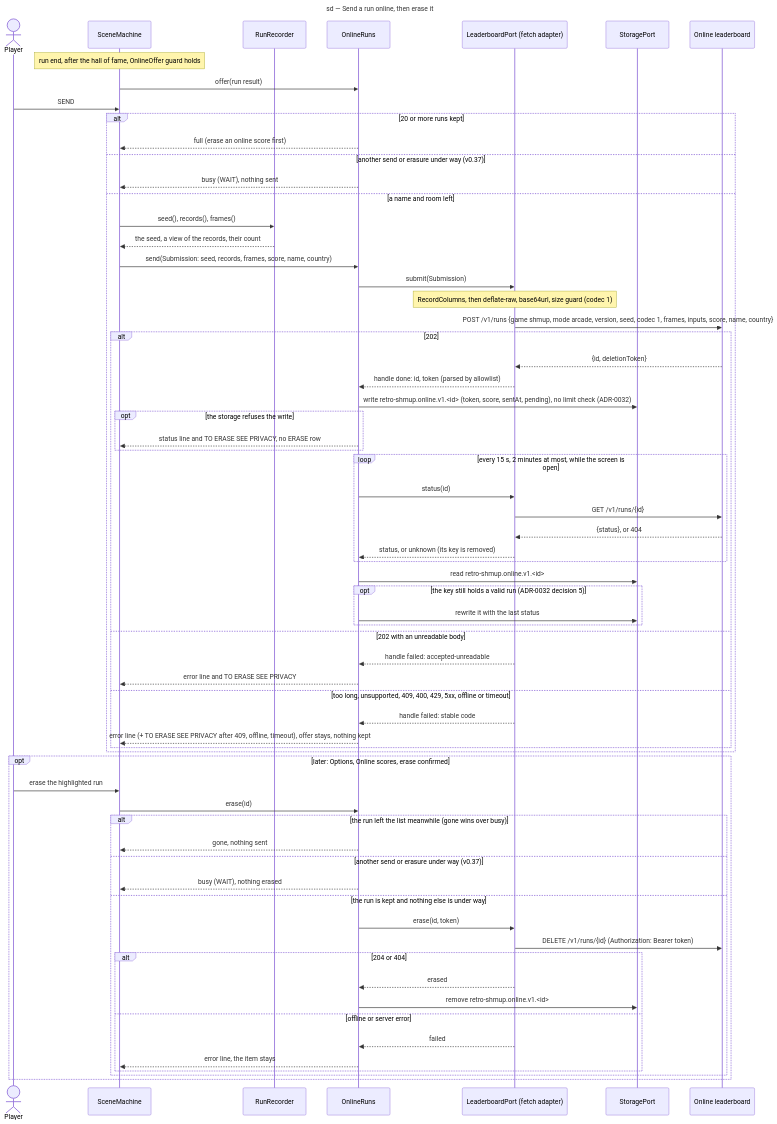
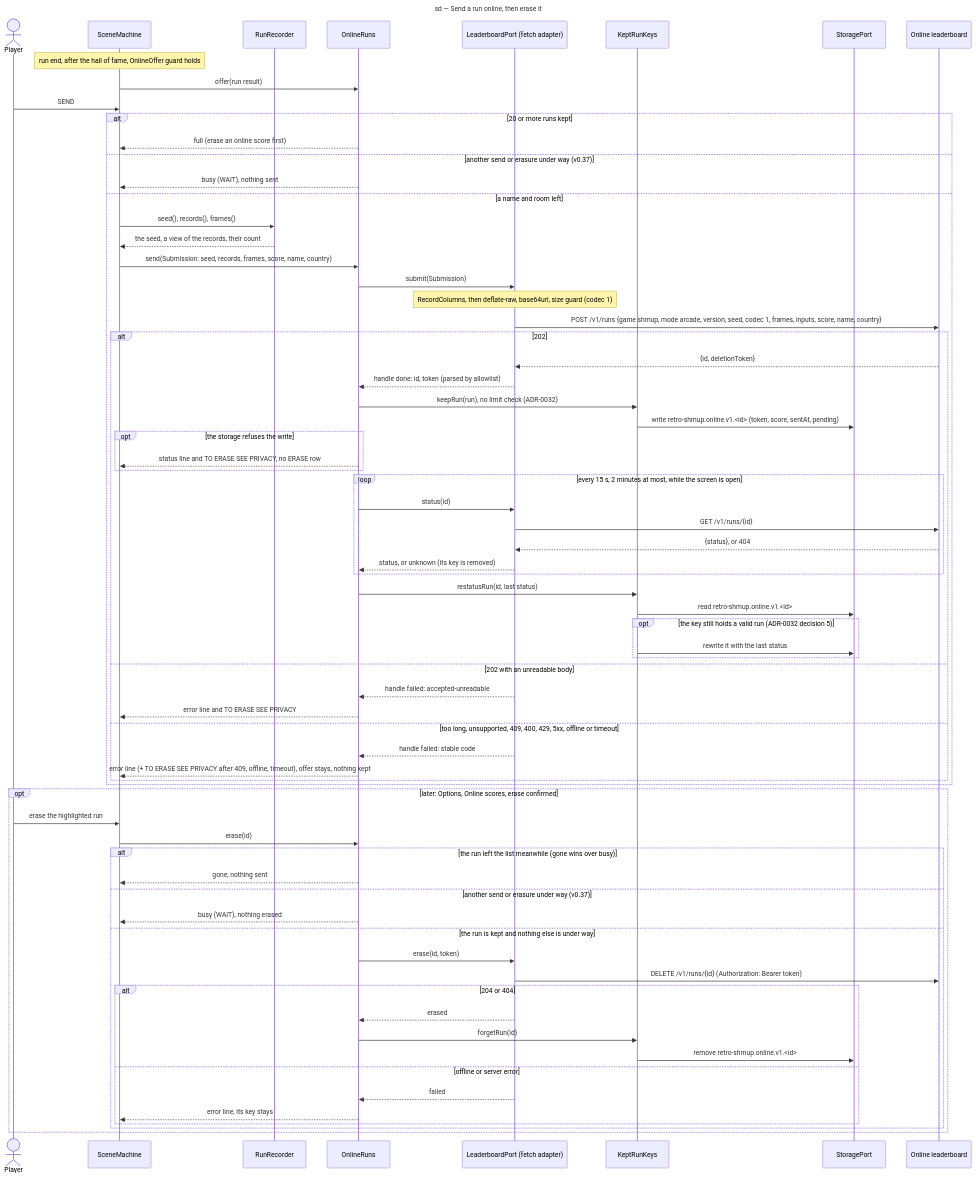
The diagram in docs/architecture/diagrams/meta/02-sequence-send-online.md (benoit-bremaud/retro-shmup), drawn with Mermaid before and after one commit. The commit also changed 2 other files, not shown here.

Commit message:
docs(uml): route the kept-run writes through KeptRunKeys
Refs #175

````diff
--- a/docs/architecture/diagrams/meta/02-sequence-send-online.md
+++ b/docs/architecture/diagrams/meta/02-sequence-send-online.md
@@ -19,71 +19,75 @@
 ```mermaid
 sequenceDiagram
   title sd — Send a run online, then erase it
   actor Player
   participant Scenes as SceneMachine
   participant Rec as RunRecorder
   participant Online as OnlineRuns
   participant Port as LeaderboardPort (fetch adapter)
+  participant Keys as KeptRunKeys
   participant Store as StoragePort
   participant LB as Online leaderboard
 
   Note over Scenes: run end, after the hall of fame, OnlineOffer guard holds
   Scenes->>Online: offer(run result)
   Player->>Scenes: SEND
   alt 20 or more runs kept
     Online-->>Scenes: full (erase an online score first)
   else another send or erasure under way (v0.37)
     Online-->>Scenes: busy (WAIT), nothing sent
   else a name and room left
     Scenes->>Rec: seed(), records(), frames()
     Rec-->>Scenes: the seed, a view of the records, their count
     Scenes->>Online: send(Submission: seed, records, frames, score, name, country)
     Online->>Port: submit(Submission)
     Note over Port: RecordColumns, then deflate-raw, base64url, size guard (codec 1)
     Port->>LB: POST /v1/runs {game shmup, mode arcade, version, seed, codec 1, frames, inputs, score, name, country}
     alt 202
       LB-->>Port: {id, deletionToken}
       Port-->>Online: handle done: id, token (parsed by allowlist)
-      Online->>Store: write retro-shmup.online.v1.<id> (token, score, sentAt, pending), no limit check (ADR-0032)
+      Online->>Keys: keepRun(run), no limit check (ADR-0032)
+      Keys->>Store: write retro-shmup.online.v1.<id> (token, score, sentAt, pending)
       opt the storage refuses the write
         Online-->>Scenes: status line and TO ERASE SEE PRIVACY, no ERASE row
       end
       loop every 15 s, 2 minutes at most, while the screen is open
         Online->>Port: status(id)
         Port->>LB: GET /v1/runs/{id}
         LB-->>Port: {status}, or 404
         Port-->>Online: status, or unknown (its key is removed)
       end
-      Online->>Store: read retro-shmup.online.v1.<id>
+      Online->>Keys: restatusRun(id, last status)
+      Keys->>Store: read retro-shmup.online.v1.<id>
       opt the key still holds a valid run (ADR-0032 decision 5)
-        Online->>Store: rewrite it with the last status
+        Keys->>Store: rewrite it with the last status
       end
     else 202 with an unreadable body
       Port-->>Online: handle failed: accepted-unreadable
       Online-->>Scenes: error line and TO ERASE SEE PRIVACY
     else too long, unsupported, 409, 400, 429, 5xx, offline or timeout
       Port-->>Online: handle failed: stable code
       Online-->>Scenes: error line (+ TO ERASE SEE PRIVACY after 409, offline, timeout), offer stays, nothing kept
     end
   end
 
   opt later: Options, Online scores, erase confirmed
     Player->>Scenes: erase the highlighted run
     Scenes->>Online: erase(id)
     alt the run left the list meanwhile (gone wins over busy)
       Online-->>Scenes: gone, nothing sent
     else another send or erasure under way (v0.37)
       Online-->>Scenes: busy (WAIT), nothing erased
     else the run is kept and nothing else is under way
       Online->>Port: erase(id, token)
       Port->>LB: DELETE /v1/runs/{id} (Authorization: Bearer token)
       alt 204 or 404
         Port-->>Online: erased
-        Online->>Store: remove retro-shmup.online.v1.<id>
+        Online->>Keys: forgetRun(id)
+        Keys->>Store: remove retro-shmup.online.v1.<id>
       else offline or server error
         Port-->>Online: failed
-        Online-->>Scenes: error line, the item stays
+        Online-->>Scenes: error line, its key stays
       end
     end
   end
 ```
````
